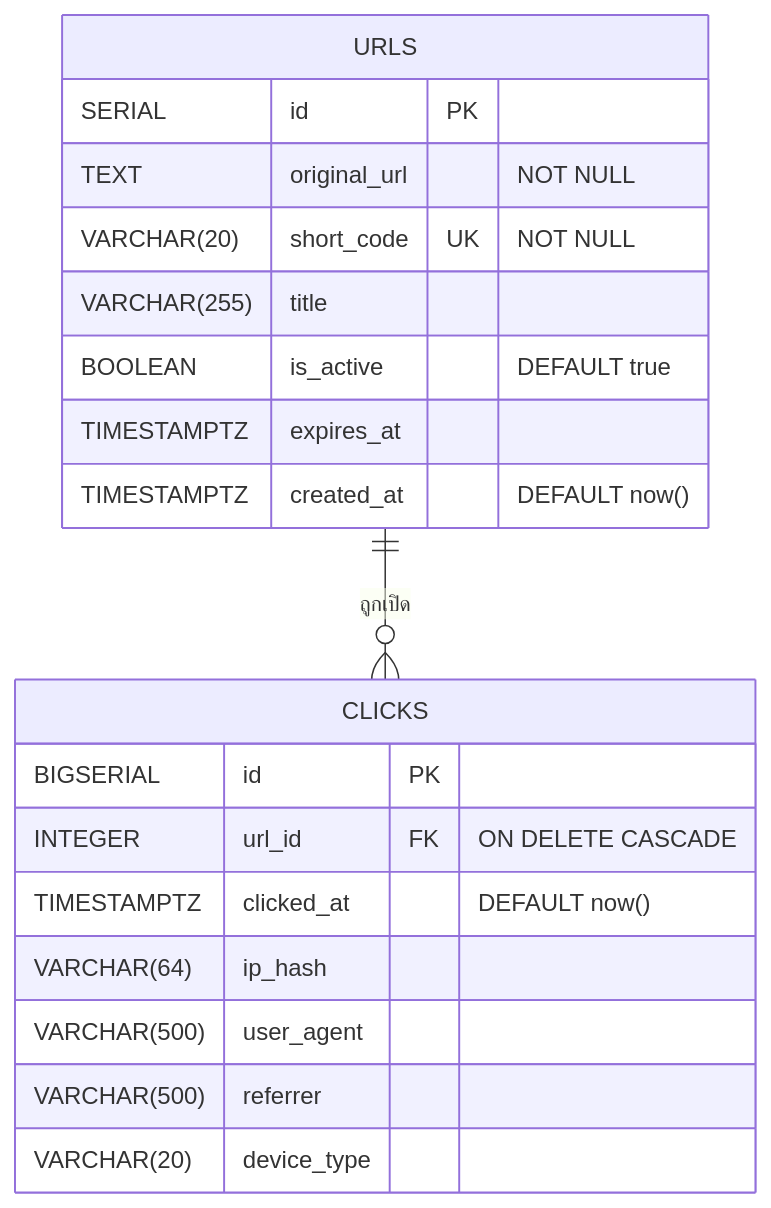
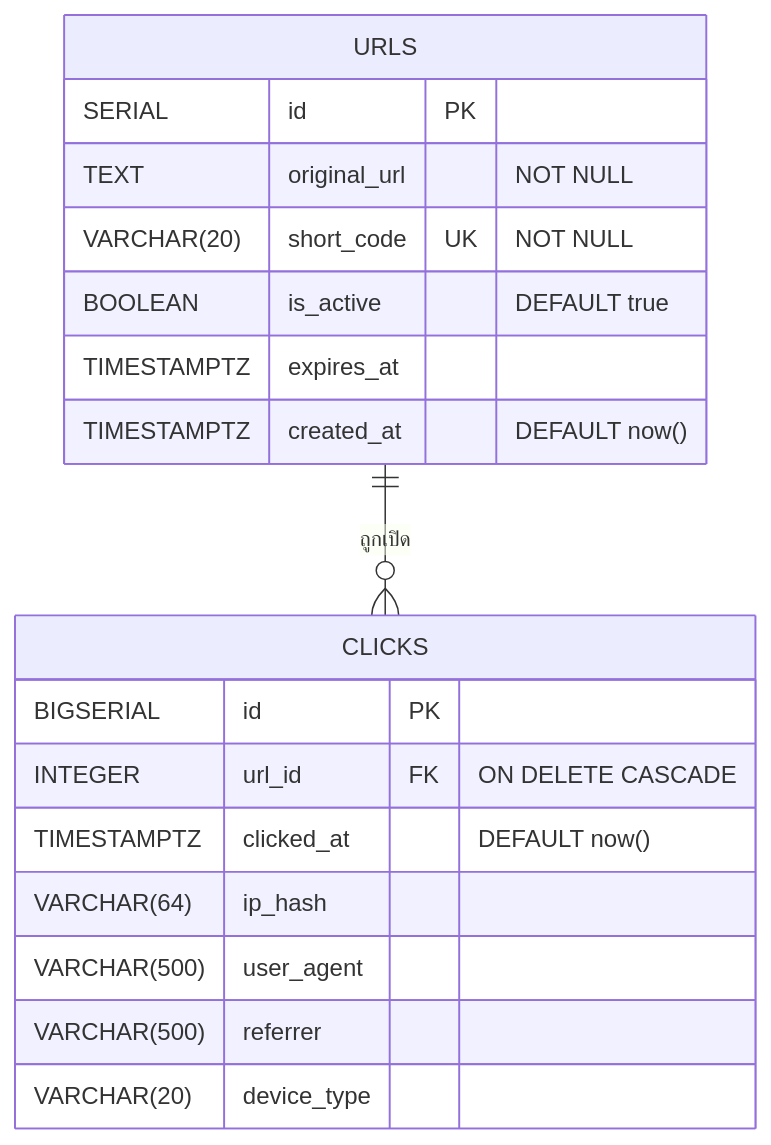
One commit to Rung03/short-url changed the third of 3 diagrams in README.md. Above: the diagram before and after it, drawn with Mermaid. The commit also changed other lines of this file and 8 other files, not shown here.

````diff
--- a/README.md
+++ b/README.md
@@ -101,22 +101,21 @@
 ```mermaid
 erDiagram
     URLS ||--o{ CLICKS : "ถูกเปิด"
     URLS {
         SERIAL id PK
         TEXT original_url "NOT NULL"
         VARCHAR(20) short_code UK "NOT NULL"
-        VARCHAR(255) title
         BOOLEAN is_active "DEFAULT true"
         TIMESTAMPTZ expires_at
         TIMESTAMPTZ created_at "DEFAULT now()"
     }
     CLICKS {
         BIGSERIAL id PK
         INTEGER url_id FK "ON DELETE CASCADE"
         TIMESTAMPTZ clicked_at "DEFAULT now()"
         VARCHAR(64) ip_hash
         VARCHAR(500) user_agent
         VARCHAR(500) referrer
         VARCHAR(20) device_type
     }
 ```
````
